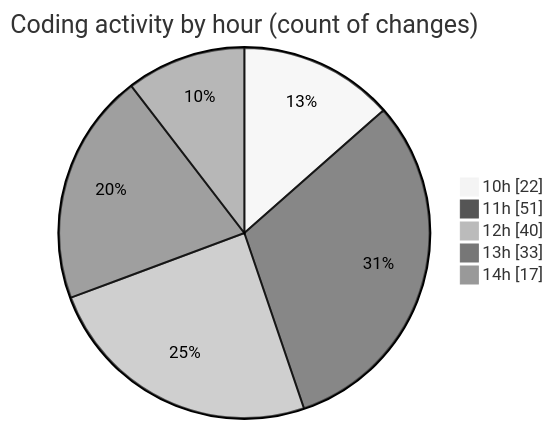
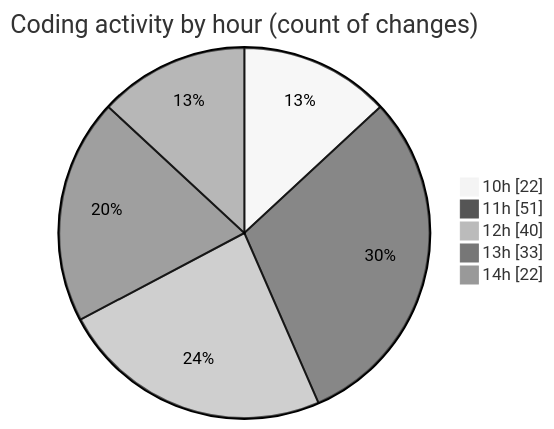
One commit to momahboobian/code-tracking changed the second of 2 diagrams in 2025-04-29/cda/README.md. Above: the diagram before and after it, drawn with Mermaid (neutral theme). The commit also changed other lines of this file and 1 other file, not shown here.

````diff
--- a/2025-04-29/cda/README.md
+++ b/2025-04-29/cda/README.md
@@ -53,9 +53,9 @@
 ```mermaid
 pie showData
 title Coding activity by hour (count of changes)
 "10h" : 22
 "11h" : 51
 "12h" : 40
 "13h" : 33
-"14h" : 17
+"14h" : 22
 ```
````
